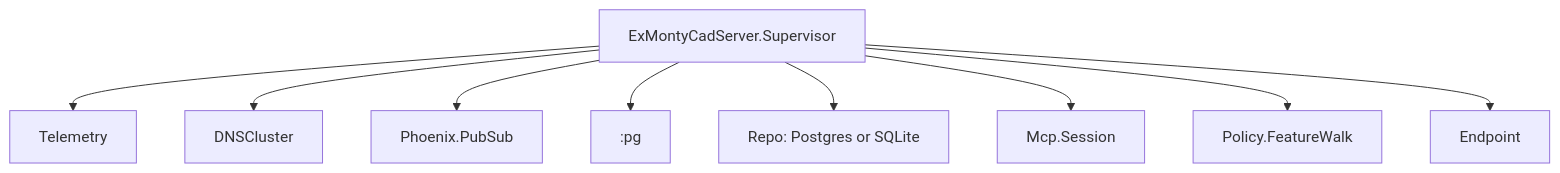
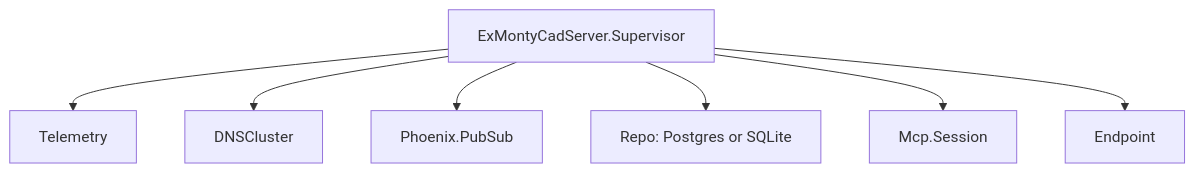
Before and after one commit to d-led/ex.monty.cad.server: the diagram in docs/architecture.md, drawn with Mermaid. The commit also changed other lines of this file and 20 other files, not shown here.

````diff
--- a/docs/architecture.md
+++ b/docs/architecture.md
@@ -130,11 +79,9 @@
 ```mermaid
 graph TD
   S[ExMontyCadServer.Supervisor] --> T[Telemetry]
   S --> D[DNSCluster]
   S --> P[Phoenix.PubSub]
-  S --> PG[":pg"]
   S --> R[Repo: Postgres or SQLite]
   S --> SS[Mcp.Session]
-  S --> PW[Policy.FeatureWalk]
   S --> E[Endpoint]
 ```
````
